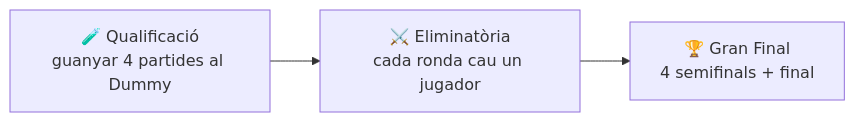
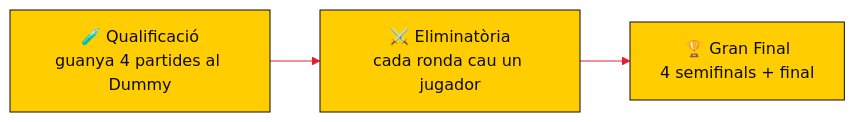
One commit to notcubik/dash changed the diagram in README.md. Above: the diagram before and after it, drawn with Mermaid. The commit also changed other lines of this file, not shown here.

````diff
--- a/README.md
+++ b/README.md
@@ -173,5 +147,6 @@
 ```mermaid
+%%{init: {'theme':'base','themeVariables':{'primaryColor':'#FFCD00','primaryTextColor':'#0C0C0E','primaryBorderColor':'#0C0C0E','lineColor':'#E11D2E','fontFamily':'Inter, Arial, sans-serif'}}}%%
 flowchart LR
-    A["🧪 Qualificació<br/>guanyar 4 partides al Dummy"] --> B["⚔️ Eliminatòria<br/>cada ronda cau un jugador"]
+    A["🧪 Qualificació<br/>guanya 4 partides al Dummy"] --> B["⚔️ Eliminatòria<br/>cada ronda cau un jugador"]
     B --> C["🏆 Gran Final<br/>4 semifinals + final"]
 ```
````
